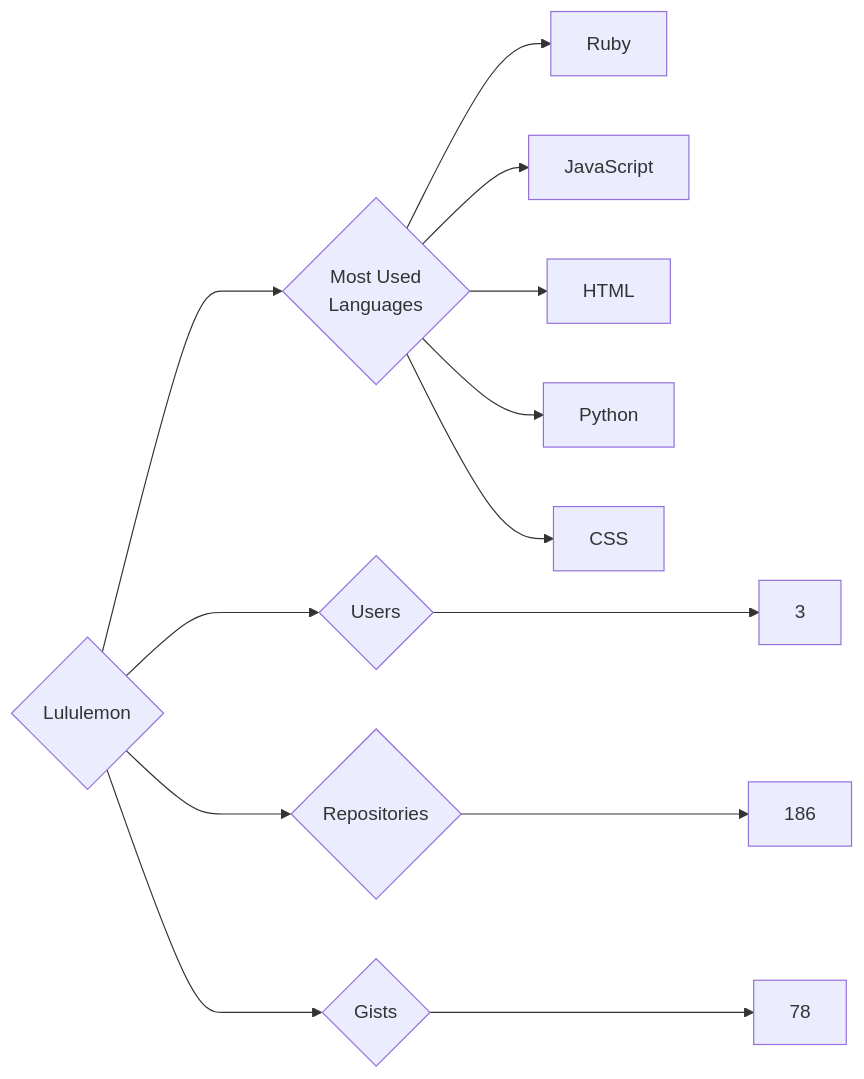
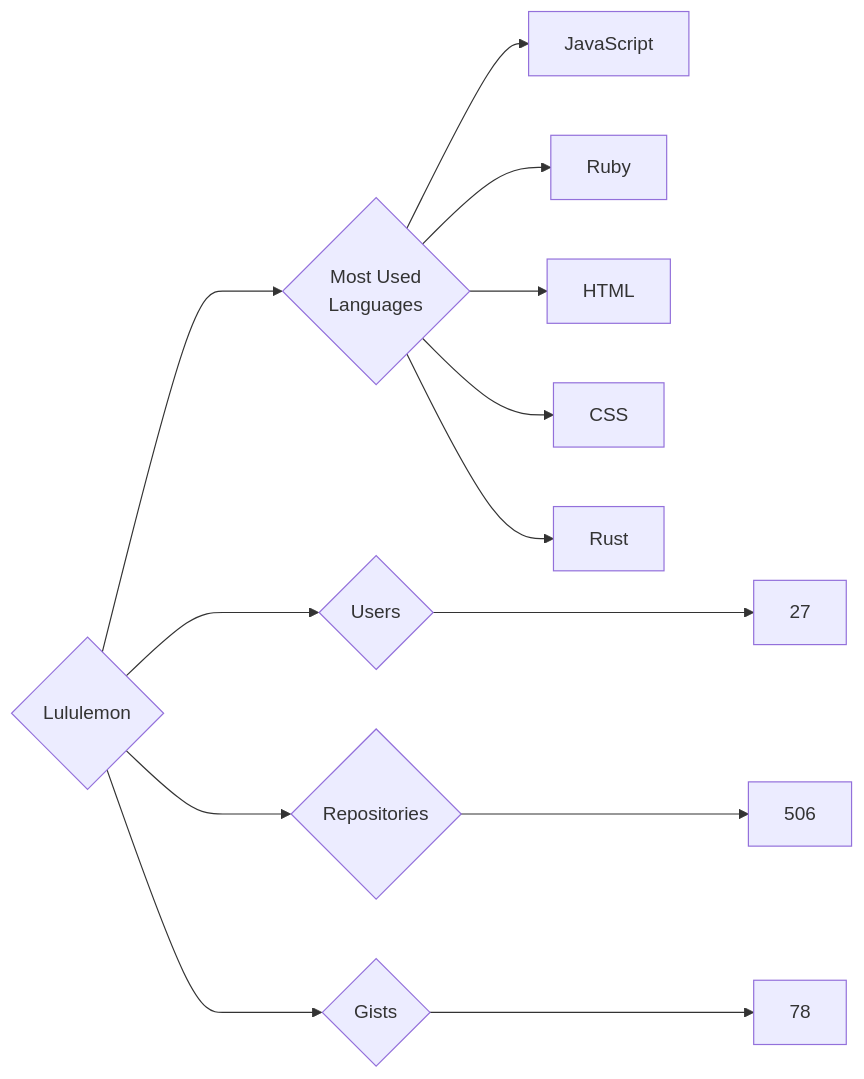
The diagram in targets/Lululemon/README.md (trickest/insiders), drawn with Mermaid before and after one commit. The commit also changed 934 other files, not shown here.

````diff
--- a/targets/Lululemon/README.md
+++ b/targets/Lululemon/README.md
@@ -3,13 +3,13 @@
 ```mermaid
 graph LR
 COMPANY_NAME{Lululemon}
-COMPANY_NAME ---> U{Users} ---> UN[3]
-COMPANY_NAME ---> R{Repositories} ---> RN[186]
+COMPANY_NAME ---> U{Users} ---> UN[27]
+COMPANY_NAME ---> R{Repositories} ---> RN[506]
 COMPANY_NAME ---> G{Gists} ---> GN[78]
 COMPANY_NAME ---> ML{Most Used<br>Languages}
+ML --> JavaScript[JavaScript]
 ML --> Ruby[Ruby]
-ML --> JavaScript[JavaScript]
 ML --> HTML[HTML]
-ML --> Python[Python]
 ML --> CSS[CSS]
+ML --> Rust[Rust]
 ```
````
